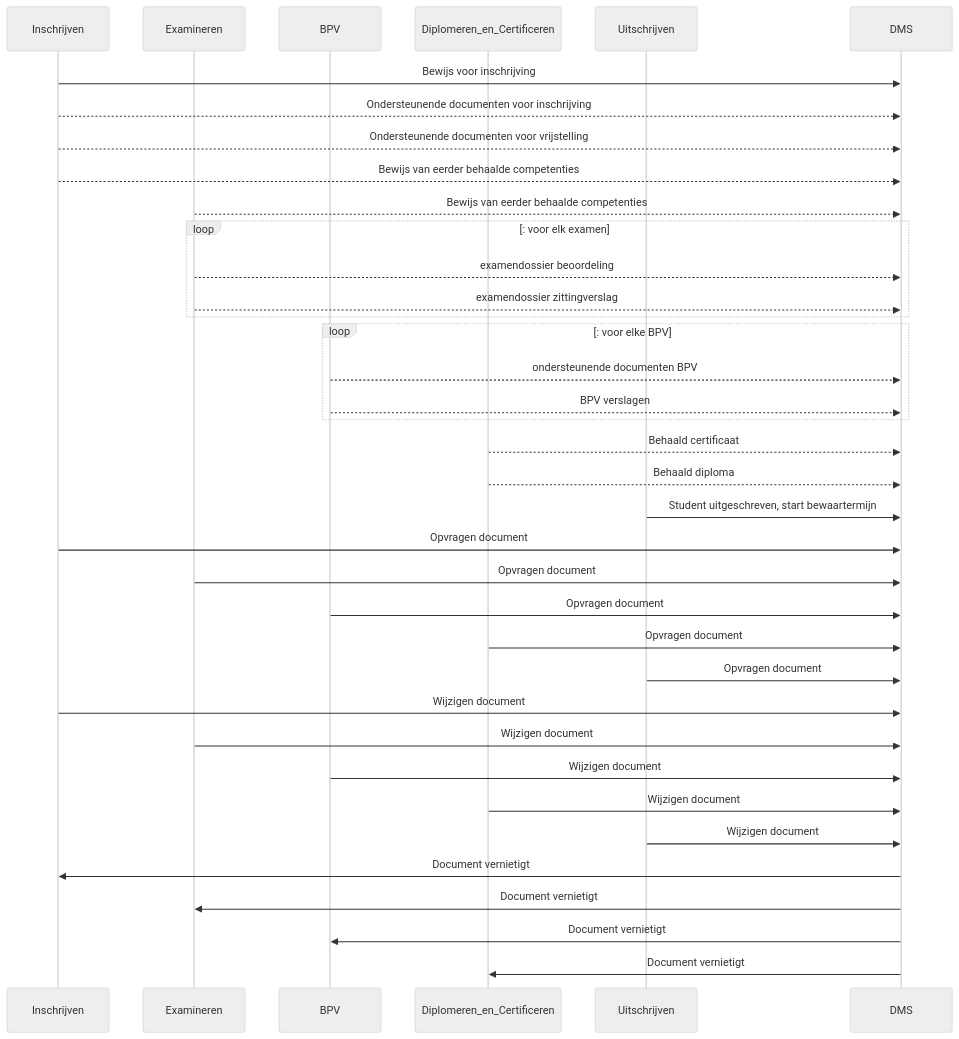
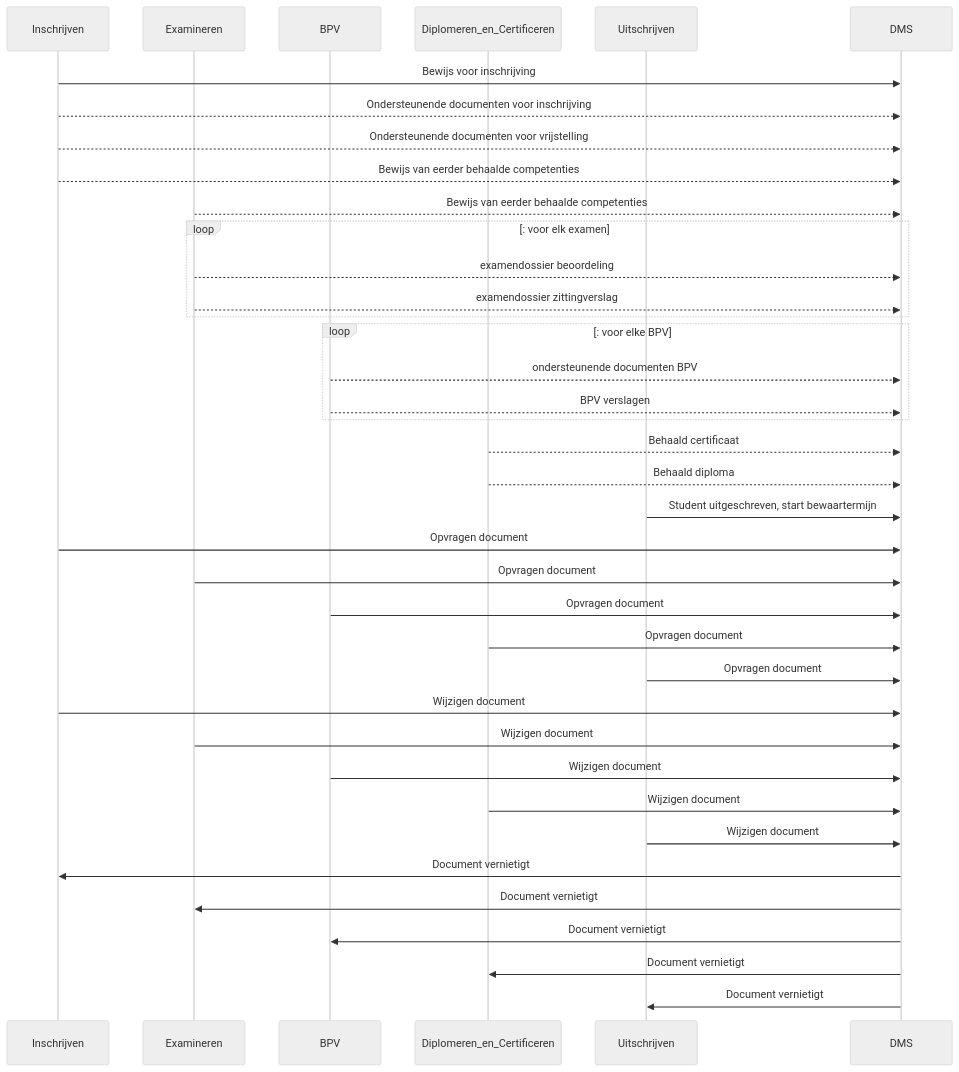
Before and after one commit to Onderwijs-Koppelingen-OKx/OKD-Document-Management: the second of 2 diagrams in README.md, drawn with Mermaid (neutral theme).

````diff
--- a/README.md
+++ b/README.md
@@ -65,43 +65,44 @@
 ```mermaid
 sequenceDiagram
     Participant Inschrijven
     Participant Examineren
     Participant BPV
     Participant Diplomeren_en_Certificeren
     Participant Uitschrijven
     Participant DMS
 
     Inschrijven->>DMS: Bewijs voor inschrijving
     Inschrijven-->>DMS: Ondersteunende documenten voor inschrijving
     Inschrijven-->>DMS: Ondersteunende documenten voor vrijstelling
     Inschrijven -->> DMS: Bewijs van eerder behaalde competenties
     Examineren -->> DMS: Bewijs van eerder behaalde competenties
     loop: voor elk examen
     Examineren -->> DMS: examendossier beoordeling
     Examineren -->> DMS: examendossier zittingverslag
     end
     loop: voor elke BPV
     BPV -->> DMS: ondersteunende documenten BPV
     BPV -->> DMS: BPV verslagen
     end
     Diplomeren_en_Certificeren -->> DMS: Behaald certificaat
     Diplomeren_en_Certificeren -->> DMS: Behaald diploma
     Uitschrijven ->> DMS: Student uitgeschreven, start bewaartermijn
     Inschrijven->>DMS: Opvragen document
     Examineren->>DMS: Opvragen document
     BPV->>DMS: Opvragen document
     Diplomeren_en_Certificeren->>DMS: Opvragen document
     Uitschrijven->>DMS: Opvragen document
     Inschrijven->>DMS: Wijzigen document
     Examineren->>DMS: Wijzigen document
     BPV->>DMS: Wijzigen document
     Diplomeren_en_Certificeren->>DMS: Wijzigen document
     Uitschrijven->>DMS: Wijzigen document
     DMS ->> Inschrijven: Document vernietigt
     DMS ->> Examineren: Document vernietigt
     DMS ->> BPV: Document vernietigt
     DMS ->> Diplomeren_en_Certificeren: Document vernietigt
-    
+    DMS ->> Uitschrijven: Document vernietigt
+ 
 
 
 ```
````
